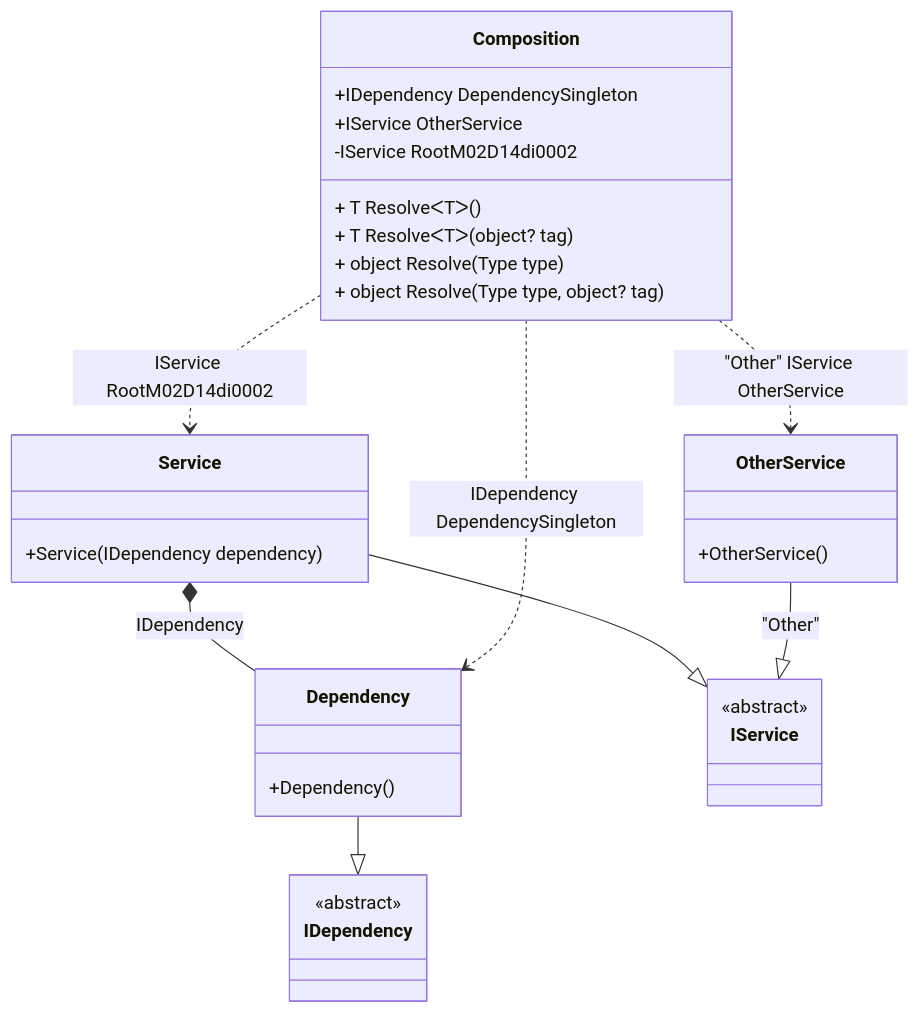
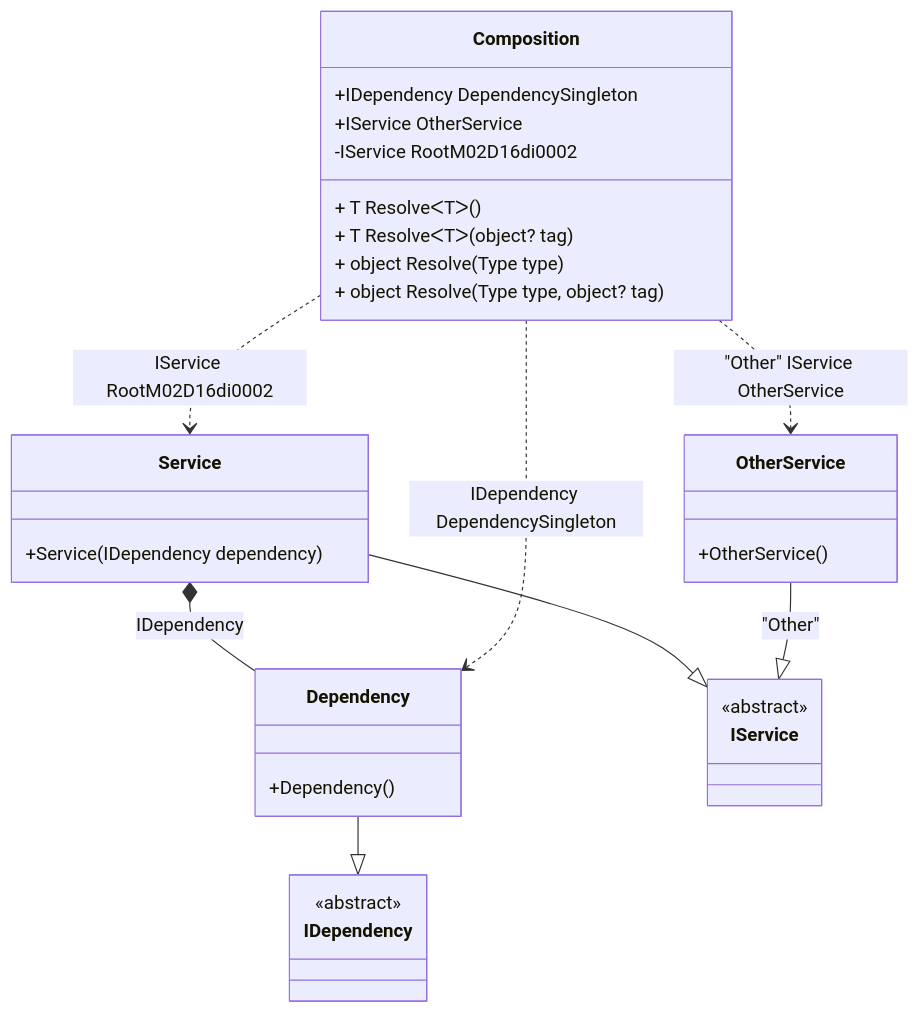
One commit to DevTeam/Pure.DI changed the diagram in readme/resolve-methods.md. Above: the diagram before and after it, drawn with Mermaid. The commit also changed other lines of this file and 78 other files, not shown here.

````diff
--- a/readme/resolve-methods.md
+++ b/readme/resolve-methods.md
@@ -45,34 +45,34 @@
 ```mermaid
 classDiagram
   class Composition {
     +IDependency DependencySingleton
     +IService OtherService
-    -IService RootM02D14di0002
+    -IService RootM02D16di0002
     + T ResolveᐸTᐳ()
     + T ResolveᐸTᐳ(object? tag)
     + object Resolve(Type type)
     + object Resolve(Type type, object? tag)
   }
   Dependency --|> IDependency : 
   class Dependency {
     +Dependency()
   }
   Service --|> IService : 
   class Service {
     +Service(IDependency dependency)
   }
   OtherService --|> IService : "Other" 
   class OtherService {
     +OtherService()
   }
   class IDependency {
     <<abstract>>
   }
   class IService {
     <<abstract>>
   }
   Service *--  Dependency : IDependency
   Composition ..> Dependency : IDependency DependencySingleton
-  Composition ..> Service : IService RootM02D14di0002
+  Composition ..> Service : IService RootM02D16di0002
   Composition ..> OtherService : "Other" IService OtherService
 ```
````
